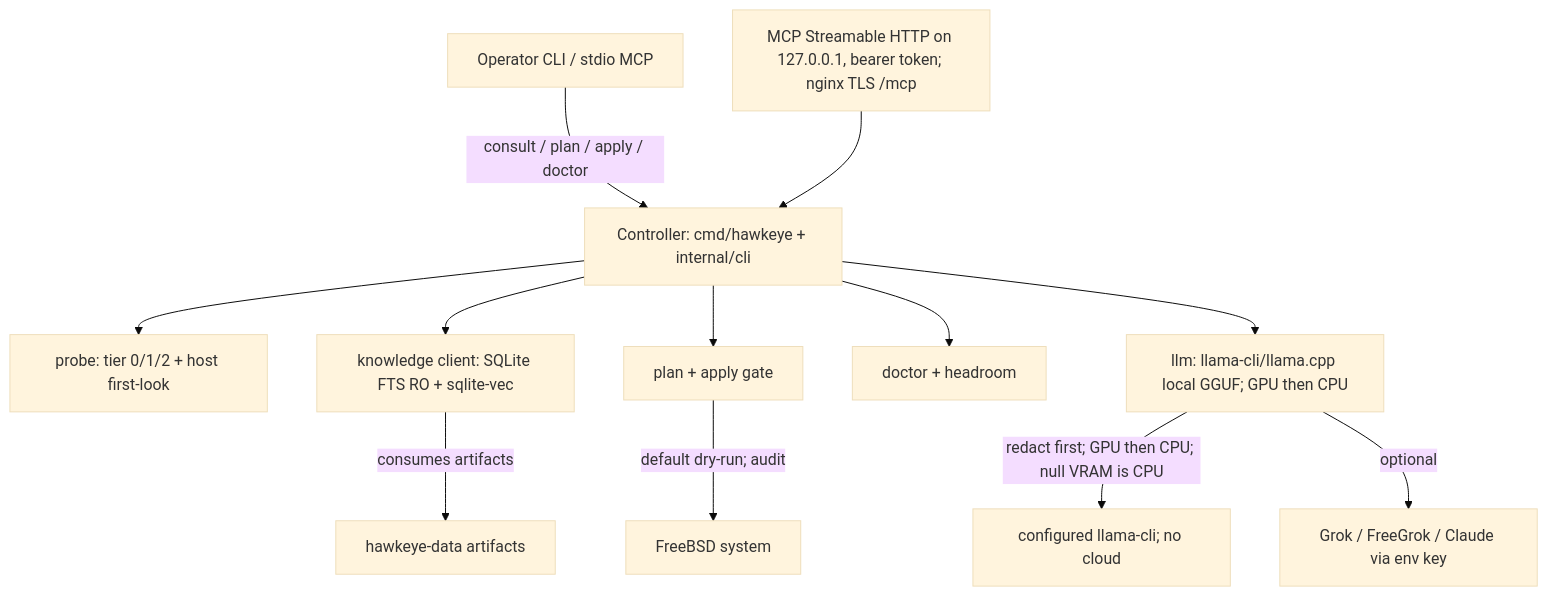
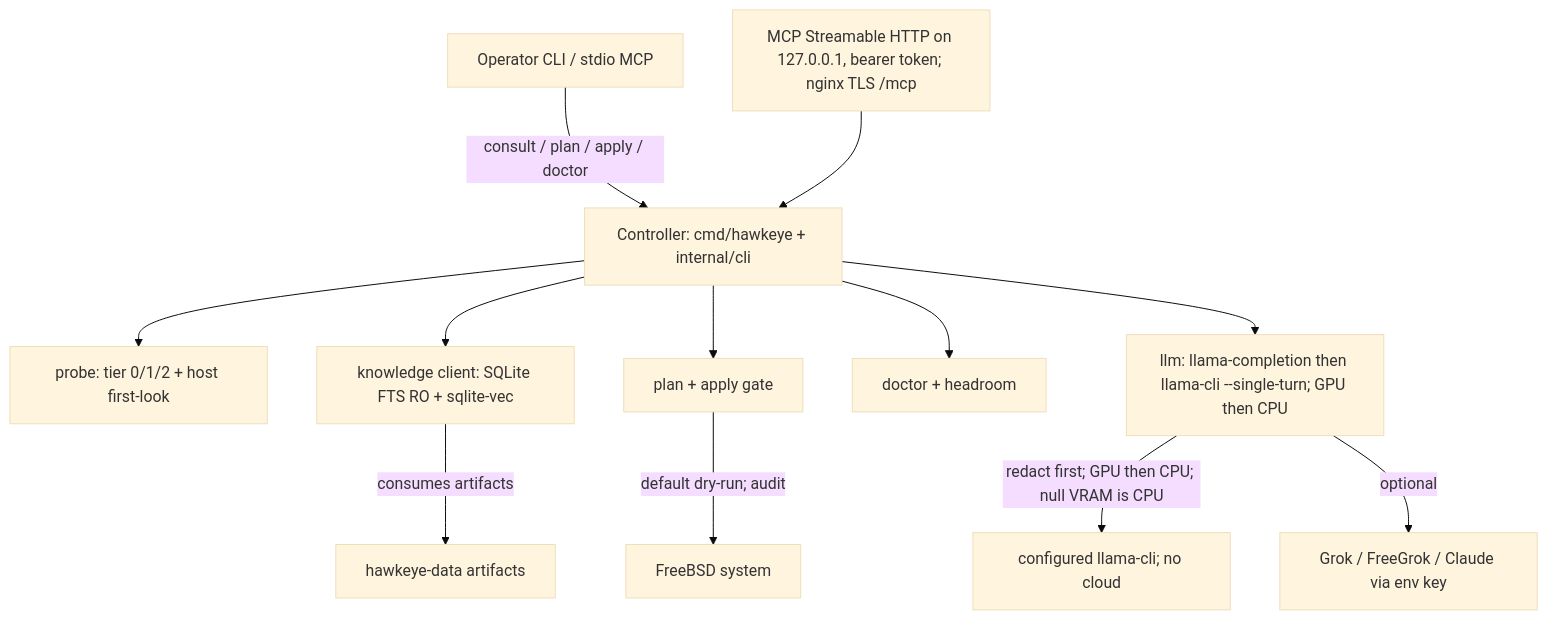
Before and after one commit to revytechinc/hawkeye: the first of 5 diagrams in docs/ARCHITECTURE.md, drawn with Mermaid (base theme). The commit also changed 7 other files, not shown here.

First line of the commit message:
Make llama-cli one-shot; prefer llama-completion.

````diff
--- a/docs/ARCHITECTURE.md
+++ b/docs/ARCHITECTURE.md
@@ -14,14 +14,14 @@
 ```mermaid
 flowchart TD
     Operator["Operator CLI / stdio MCP"] -->|"consult / plan / apply / doctor"| CLI["Controller: cmd/hawkeye + internal/cli"]
     MCPHTTP["MCP Streamable HTTP on 127.0.0.1, bearer token; nginx TLS /mcp"] --> CLI
     CLI --> Probe["probe: tier 0/1/2 + host first-look"]
     CLI --> Knowledge["knowledge client: SQLite FTS RO + sqlite-vec"]
     CLI --> PlanApply["plan + apply gate"]
     CLI --> Doctor["doctor + headroom"]
-    CLI --> LLM["llm: llama-cli/llama.cpp local GGUF; GPU then CPU"]
+    CLI --> LLM["llm: llama-completion then llama-cli --single-turn; GPU then CPU"]
     Knowledge -->|"consumes artifacts"| DataRepo["hawkeye-data artifacts"]
     PlanApply -->|"default dry-run; audit"| System["FreeBSD system"]
     LLM -->|"redact first; GPU then CPU; null VRAM is CPU"| LocalBin["configured llama-cli; no cloud"]
     LLM -->|"optional"| Remote["Grok / FreeGrok / Claude via env key"]
 ```
````
